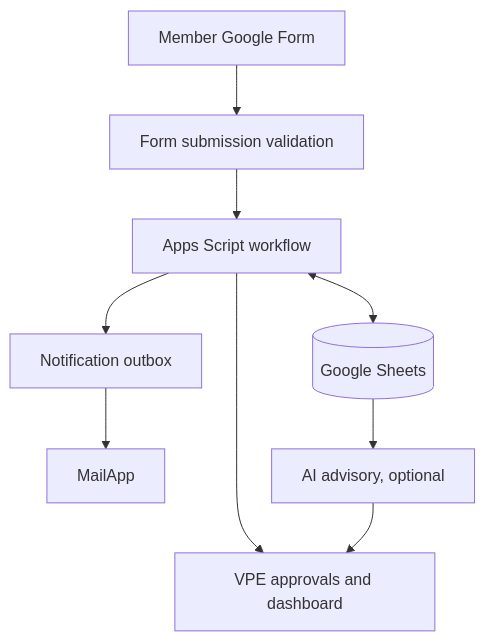
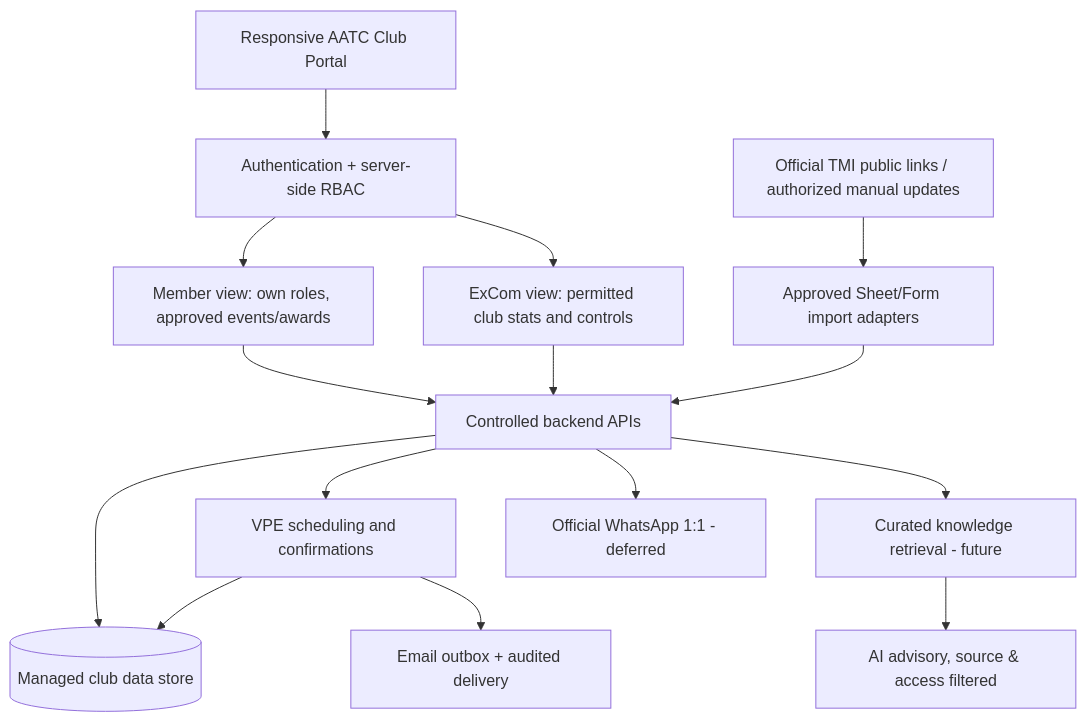
Before and after one commit to bharathiraja84/projects: the diagram in aatc-ai-vpe/docs/ARCHITECTURE.md, drawn with Mermaid. The commit also changed other lines of this file and 9 other files, not shown here.

Commit message:
docs(aatc): expand to club portal and add TMI compliance, privacy, cost and release tests

````diff
--- a/aatc-ai-vpe/docs/ARCHITECTURE.md
+++ b/aatc-ai-vpe/docs/ARCHITECTURE.md
@@ -2,11 +3,17 @@
 ```mermaid
 flowchart TD
-  A[Member Google Form] --> B[Form submission validation]
-  B --> C[Apps Script workflow]
-  C <--> D[(Google Sheets)]
-  C --> E[Notification outbox]
-  E --> F[MailApp]
-  C --> G[VPE approvals and dashboard]
-  D --> H[AI advisory, optional]
-  H --> G
+  P[Responsive AATC Club Portal] --> A[Authentication + server-side RBAC]
+  A --> M[Member view: own roles, approved events/awards]
+  A --> E[ExCom view: permitted club stats and controls]
+  M --> API[Controlled backend APIs]
+  E --> API
+  API --> DB[(Managed club data store)]
+  API --> V[VPE scheduling and confirmations]
+  V --> DB
+  V --> OUT[Email outbox + audited delivery]
+  API --> K[Curated knowledge retrieval - future]
+  K --> AI[AI advisory, source & access filtered]
+  API --> W[Official WhatsApp 1:1 - deferred]
+  S[Approved Sheet/Form import adapters] --> API
+  TMI[Official TMI public links / authorized manual updates] --> S
 ```
````
